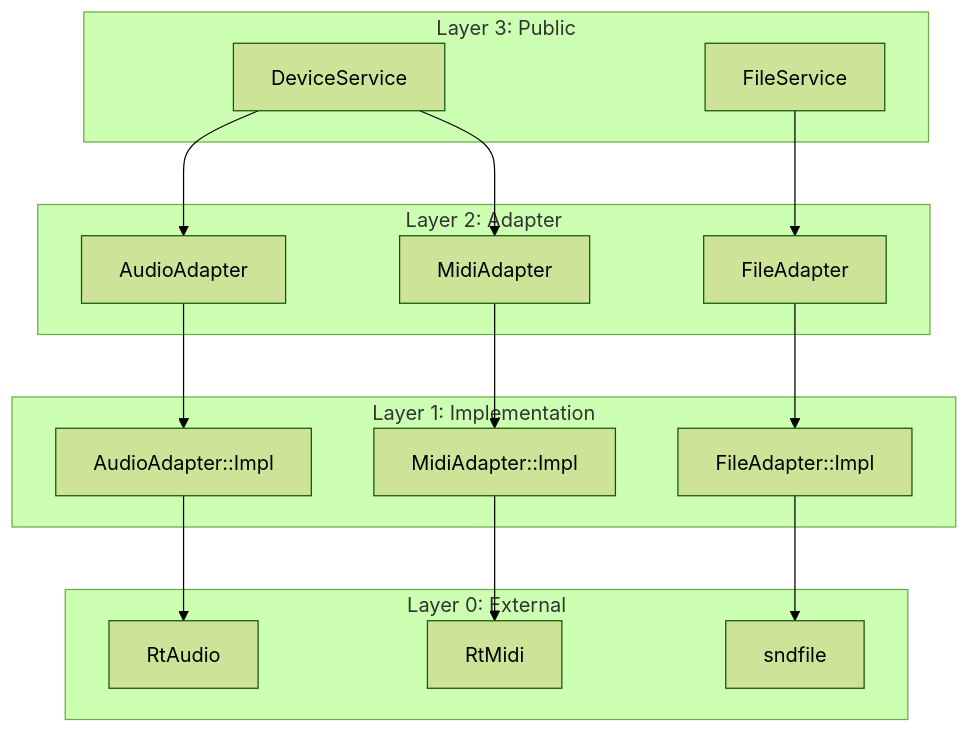
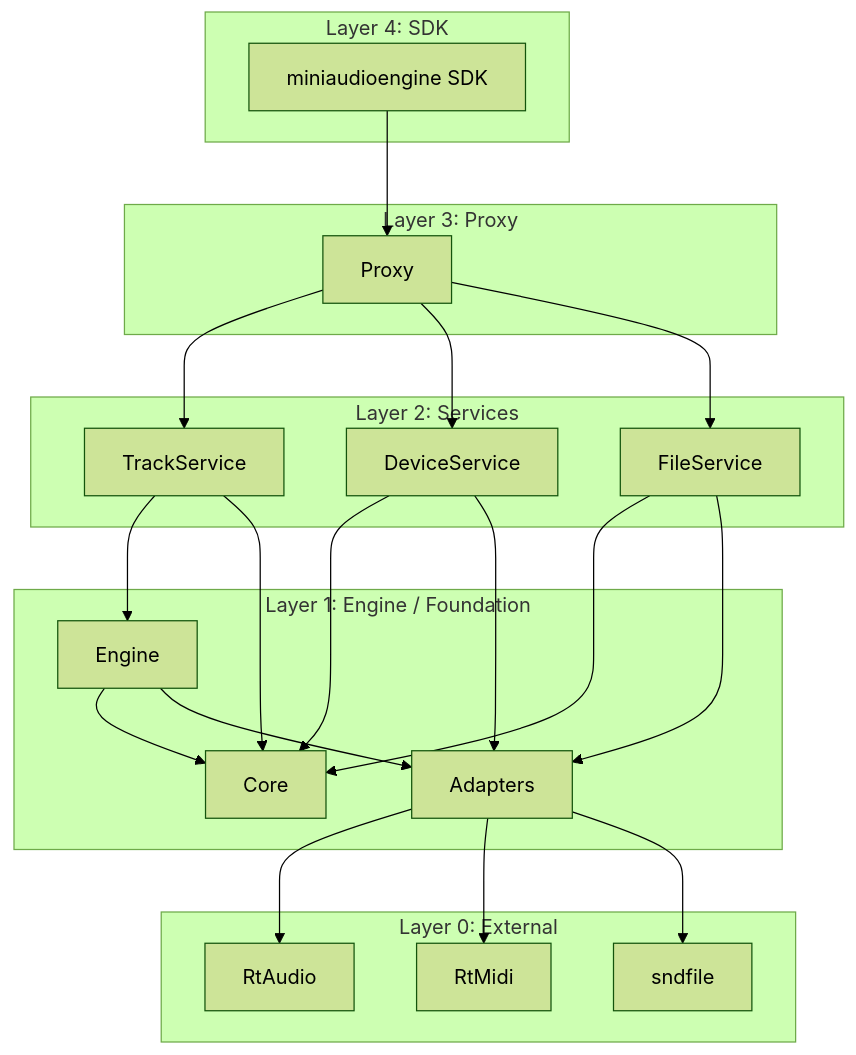
One commit to aidan-clyens/miniaudioengine changed diagram 12 of 30 in docs/DESIGN_DOC.md. Above: the diagram before and after it, drawn with Mermaid (forest theme). The commit also changed other lines of this file, not shown here.

````diff
--- a/docs/DESIGN_DOC.md
+++ b/docs/DESIGN_DOC.md
@@ -367,29 +366,50 @@
 ```mermaid
 graph TD
-    subgraph Public["Layer 3: Public"]
+    subgraph Layer4["Layer 4: SDK"]
+        SDK["miniaudioengine SDK"]
+    end
+
+    subgraph Layer3["Layer 3: Proxy"]
+        Proxy
+    end
+
+    subgraph Layer2["Layer 2: Services"]
+        TrackService
         DeviceService
         FileService
     end
-    subgraph Adapter["Layer 2: Adapter"]
-        AudioAdapter
-        MidiAdapter
-        FileAdapter
+
+    subgraph Layer1["Layer 1: Engine / Foundation"]
+        Engine
+        Core
+        Adapters
     end
-    subgraph Implementation["Layer 1: Implementation"]
-        AudioAdapterImpl["AudioAdapter::Impl"]
-        MidiAdapterImpl["MidiAdapter::Impl"]
-        FileAdapterImpl["FileAdapter::Impl"]
-    end
-    subgraph External["Layer 0: External"]
+
+    subgraph Layer0["Layer 0: External"]
         RtAudio
         RtMidi
         sndfile
     end
 
-    DeviceService --> AudioAdapter
-    DeviceService --> MidiAdapter
-    FileService --> FileAdapter
-    AudioAdapter --> AudioAdapterImpl --> RtAudio
-    MidiAdapter --> MidiAdapterImpl --> RtMidi
-    FileAdapter --> FileAdapterImpl --> sndfile
+    SDK --> Proxy
+
+    Proxy --> TrackService
+    Proxy --> DeviceService
+    Proxy --> FileService
+
+    TrackService --> Engine
+    TrackService --> Core
+
+    DeviceService --> Core
+    DeviceService --> Adapters
+
+    FileService --> Core
+    FileService --> Adapters
+
+    Engine --> Core
+    Engine --> Adapters
+
+    Adapters --> RtAudio
+    Adapters --> RtMidi
+    Adapters --> sndfile
 ```
````
